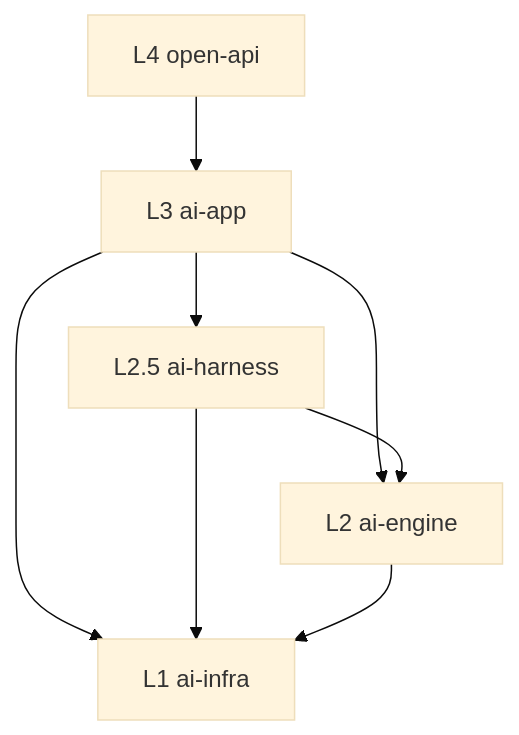
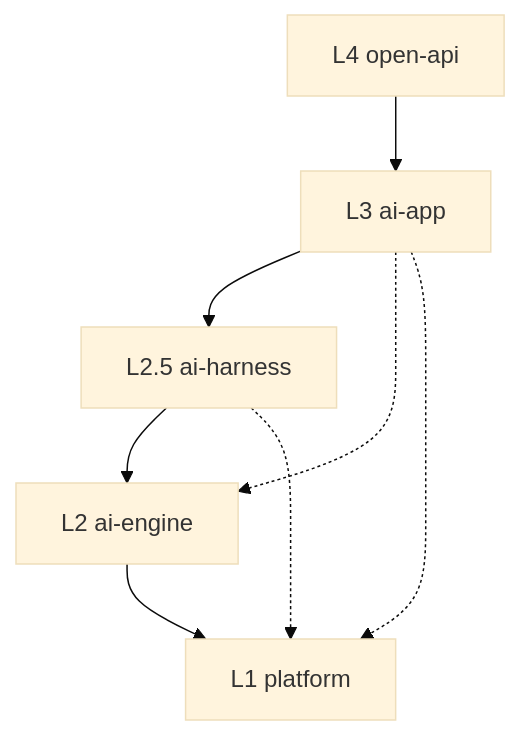
Before and after one commit to genesis-agents/GenesisPod: the second of 4 diagrams in docs/architecture/system-overview.md, drawn with Mermaid (base theme). The commit also changed other lines of this file and 60 other files, not shown here.

First line of the commit message:
docs(arch): sync docs to current 5-layer structure (ai-infra→platform, renames)

````diff
--- a/docs/architecture/system-overview.md
+++ b/docs/architecture/system-overview.md
@@ -45,16 +45,18 @@
 ```mermaid
 flowchart TB
     L4[L4 open-api]
     L3[L3 ai-app]
     L25[L2.5 ai-harness]
     L2[L2 ai-engine]
-    L1[L1 ai-infra]
+    L1[L1 platform]
 
     L4 --> L3
     L3 --> L25
-    L3 --> L2
-    L3 --> L1
     L25 --> L2
-    L25 --> L1
     L2 --> L1
+
+    %% 跨层向下依赖合法（非仅相邻层）
+    L3 -.-> L2
+    L3 -.-> L1
+    L25 -.-> L1
 ```
````
